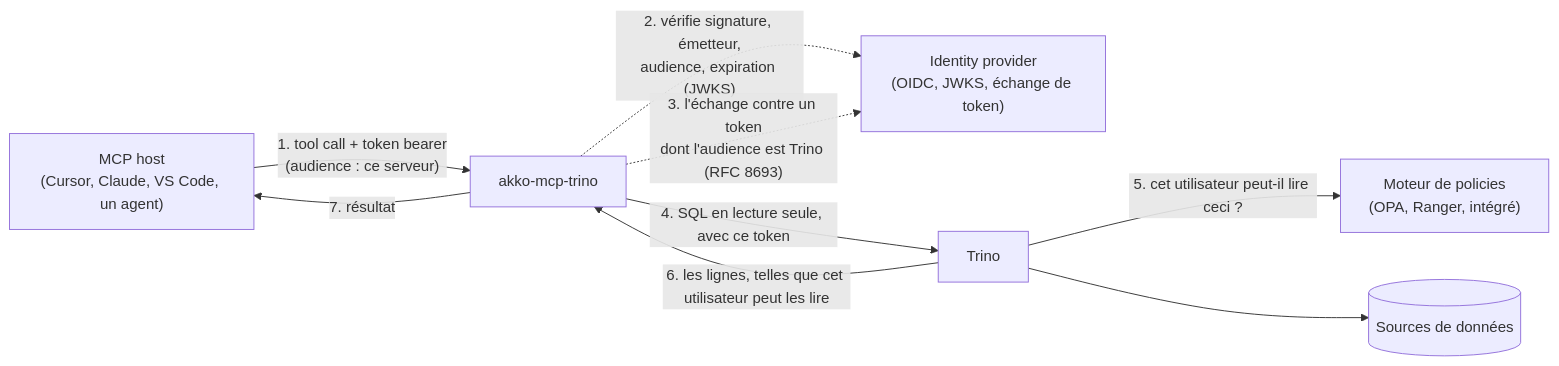
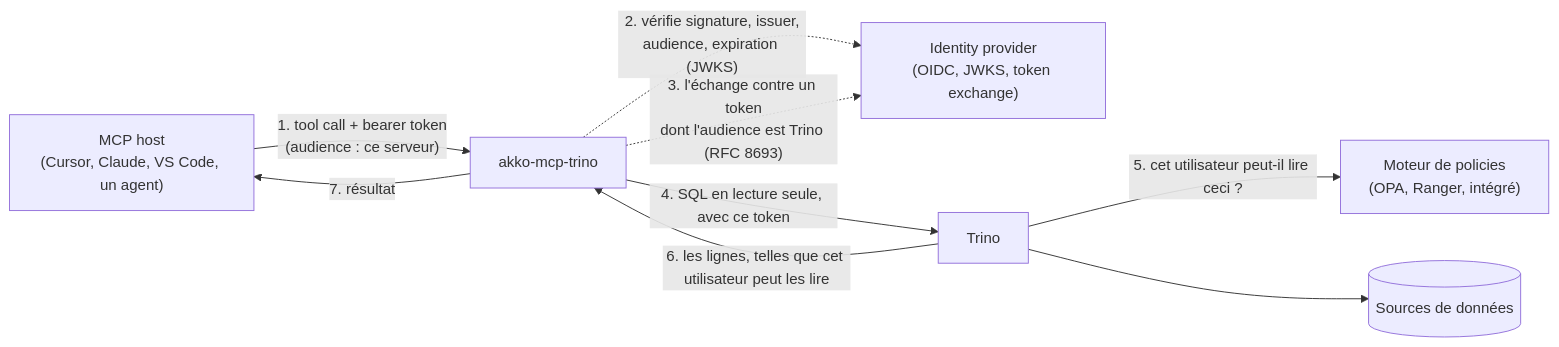
Before and after one commit to AKKO-p/akko-mcp-trino: the first of 2 diagrams in docs/fr/identity.md, drawn with Mermaid. The commit also changed other lines of this file and 32 other files, not shown here.

````diff
--- a/docs/fr/identity.md
+++ b/docs/fr/identity.md
@@ -7,18 +7,18 @@
 ```mermaid
 flowchart LR
     Host["MCP host<br/>(Cursor, Claude, VS Code, un agent)"]
-    IdP["Identity provider<br/>(OIDC, JWKS, échange de token)"]
+    IdP["Identity provider<br/>(OIDC, JWKS, token exchange)"]
     Server["akko-mcp-trino"]
     Trino["Trino"]
     Policy["Moteur de policies<br/>(OPA, Ranger, intégré)"]
     Data[("Sources de données")]
 
-    Host -- "1. tool call + token bearer<br/>(audience : ce serveur)" --> Server
-    Server -. "2. vérifie signature, émetteur,<br/>audience, expiration (JWKS)" .-> IdP
+    Host -- "1. tool call + bearer token<br/>(audience : ce serveur)" --> Server
+    Server -. "2. vérifie signature, issuer,<br/>audience, expiration (JWKS)" .-> IdP
     Server -. "3. l'échange contre un token<br/>dont l'audience est Trino (RFC 8693)" .-> IdP
     Server -- "4. SQL en lecture seule, avec ce token" --> Trino
     Trino -- "5. cet utilisateur peut-il lire ceci ?" --> Policy
     Trino -- "6. les lignes, telles que cet utilisateur peut les lire" --> Server
     Server -- "7. résultat" --> Host
     Trino --> Data
 ```
````
